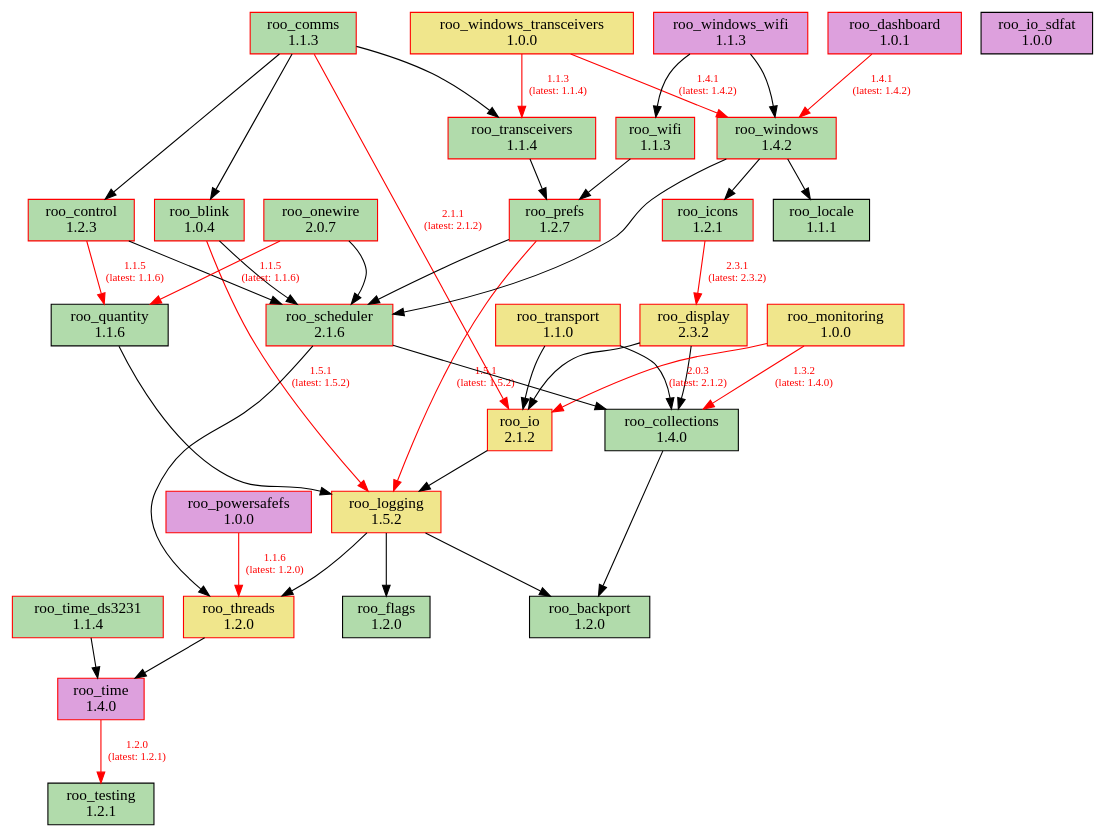
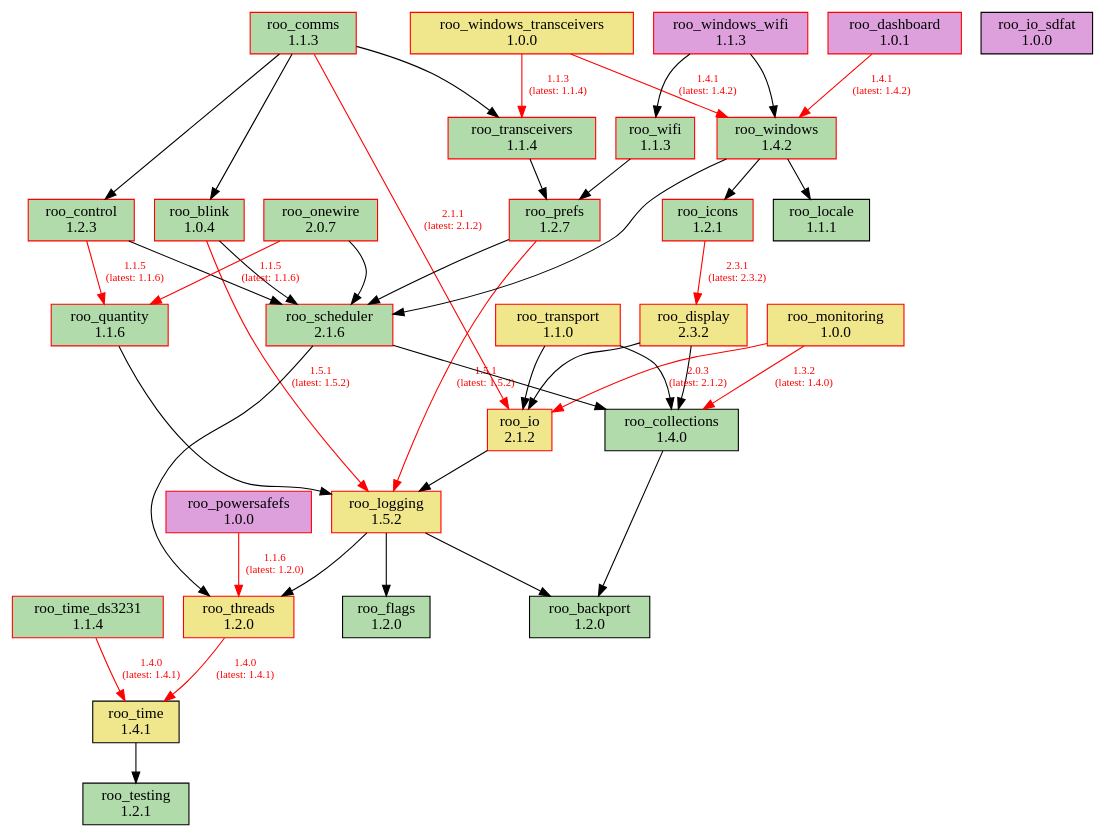
The diagram in doc/dependencies.dot (dejwk/roo-registry), drawn with Graphviz before and after one commit. The commit also changed 5 other files, not shown here.

Commit message:
Added roo_time 1.4.1 to the registry.

```diff
--- a/doc/dependencies.dot
+++ b/doc/dependencies.dot
@@ -1,79 +1,79 @@
 digraph dependencies {
     rankdir=TB;
     node [shape=box, style=filled];
     edge [fontsize=10];
 
     // Modules
     "roo_backport" [label="roo_backport\n1.2.0", fillcolor="#b1dbab", color="black"];
     "roo_blink" [label="roo_blink\n1.0.4", fillcolor="#b1dbab", color="red"];
     "roo_collections" [label="roo_collections\n1.4.0", fillcolor="#b1dbab", color="black"];
     "roo_comms" [label="roo_comms\n1.1.3", fillcolor="#b1dbab", color="red"];
     "roo_control" [label="roo_control\n1.2.3", fillcolor="#b1dbab", color="red"];
     "roo_dashboard" [label="roo_dashboard\n1.0.1", fillcolor="plum", color="red"];
     "roo_display" [label="roo_display\n2.3.2", fillcolor="khaki", color="red"];
     "roo_flags" [label="roo_flags\n1.2.0", fillcolor="#b1dbab", color="black"];
     "roo_icons" [label="roo_icons\n1.2.1", fillcolor="#b1dbab", color="red"];
     "roo_io" [label="roo_io\n2.1.2", fillcolor="khaki", color="red"];
     "roo_io_sdfat" [label="roo_io_sdfat\n1.0.0", fillcolor="plum", color="black"];
     "roo_locale" [label="roo_locale\n1.1.1", fillcolor="#b1dbab", color="black"];
     "roo_logging" [label="roo_logging\n1.5.2", fillcolor="khaki", color="red"];
     "roo_monitoring" [label="roo_monitoring\n1.0.0", fillcolor="khaki", color="red"];
     "roo_onewire" [label="roo_onewire\n2.0.7", fillcolor="#b1dbab", color="red"];
     "roo_powersafefs" [label="roo_powersafefs\n1.0.0", fillcolor="plum", color="red"];
     "roo_prefs" [label="roo_prefs\n1.2.7", fillcolor="#b1dbab", color="red"];
-    "roo_quantity" [label="roo_quantity\n1.1.6", fillcolor="#b1dbab", color="black"];
+    "roo_quantity" [label="roo_quantity\n1.1.6", fillcolor="#b1dbab", color="red"];
     "roo_scheduler" [label="roo_scheduler\n2.1.6", fillcolor="#b1dbab", color="red"];
     "roo_testing" [label="roo_testing\n1.2.1", fillcolor="#b1dbab", color="black"];
     "roo_threads" [label="roo_threads\n1.2.0", fillcolor="khaki", color="red"];
-    "roo_time" [label="roo_time\n1.4.0", fillcolor="plum", color="red"];
+    "roo_time" [label="roo_time\n1.4.1", fillcolor="khaki", color="black"];
     "roo_time_ds3231" [label="roo_time_ds3231\n1.1.4", fillcolor="#b1dbab", color="red"];
     "roo_transceivers" [label="roo_transceivers\n1.1.4", fillcolor="#b1dbab", color="red"];
     "roo_transport" [label="roo_transport\n1.1.0", fillcolor="khaki", color="red"];
     "roo_wifi" [label="roo_wifi\n1.1.3", fillcolor="#b1dbab", color="red"];
     "roo_windows" [label="roo_windows\n1.4.2", fillcolor="#b1dbab", color="red"];
     "roo_windows_transceivers" [label="roo_windows_transceivers\n1.0.0", fillcolor="khaki", color="red"];
     "roo_windows_wifi" [label="roo_windows_wifi\n1.1.3", fillcolor="plum", color="red"];
 
     // Dependencies
     "roo_blink" -> "roo_logging" [color=red, fontcolor=red, label="1.5.1\n(latest: 1.5.2)"];
     "roo_blink" -> "roo_scheduler";
     "roo_collections" -> "roo_backport";
     "roo_comms" -> "roo_blink";
     "roo_comms" -> "roo_control";
     "roo_comms" -> "roo_io" [color=red, fontcolor=red, label="2.1.1\n(latest: 2.1.2)"];
     "roo_comms" -> "roo_transceivers";
     "roo_control" -> "roo_quantity" [color=red, fontcolor=red, label="1.1.5\n(latest: 1.1.6)"];
     "roo_control" -> "roo_scheduler";
     "roo_dashboard" -> "roo_windows" [color=red, fontcolor=red, label="1.4.1\n(latest: 1.4.2)"];
     "roo_display" -> "roo_collections";
     "roo_display" -> "roo_io";
     "roo_icons" -> "roo_display" [color=red, fontcolor=red, label="2.3.1\n(latest: 2.3.2)"];
     "roo_io" -> "roo_logging";
     "roo_logging" -> "roo_backport";
     "roo_logging" -> "roo_flags";
     "roo_logging" -> "roo_threads";
     "roo_monitoring" -> "roo_collections" [color=red, fontcolor=red, label="1.3.2\n(latest: 1.4.0)"];
     "roo_monitoring" -> "roo_io" [color=red, fontcolor=red, label="2.0.3\n(latest: 2.1.2)"];
     "roo_onewire" -> "roo_scheduler";
     "roo_onewire" -> "roo_quantity" [color=red, fontcolor=red, label="1.1.5\n(latest: 1.1.6)"];
     "roo_powersafefs" -> "roo_threads" [color=red, fontcolor=red, label="1.1.6\n(latest: 1.2.0)"];
     "roo_prefs" -> "roo_logging" [color=red, fontcolor=red, label="1.5.1\n(latest: 1.5.2)"];
     "roo_prefs" -> "roo_scheduler";
     "roo_quantity" -> "roo_logging";
     "roo_scheduler" -> "roo_collections";
     "roo_scheduler" -> "roo_threads";
-    "roo_threads" -> "roo_time";
-    "roo_time" -> "roo_testing" [color=red, fontcolor=red, label="1.2.0\n(latest: 1.2.1)"];
-    "roo_time_ds3231" -> "roo_time";
+    "roo_threads" -> "roo_time" [color=red, fontcolor=red, label="1.4.0\n(latest: 1.4.1)"];
+    "roo_time" -> "roo_testing";
+    "roo_time_ds3231" -> "roo_time" [color=red, fontcolor=red, label="1.4.0\n(latest: 1.4.1)"];
     "roo_transceivers" -> "roo_prefs";
     "roo_transport" -> "roo_collections";
     "roo_transport" -> "roo_io";
     "roo_wifi" -> "roo_prefs";
     "roo_windows" -> "roo_locale";
     "roo_windows" -> "roo_icons";
     "roo_windows" -> "roo_scheduler";
     "roo_windows_transceivers" -> "roo_transceivers" [color=red, fontcolor=red, label="1.1.3\n(latest: 1.1.4)"];
     "roo_windows_transceivers" -> "roo_windows" [color=red, fontcolor=red, label="1.4.1\n(latest: 1.4.2)"];
     "roo_windows_wifi" -> "roo_wifi";
     "roo_windows_wifi" -> "roo_windows";
 }
```
